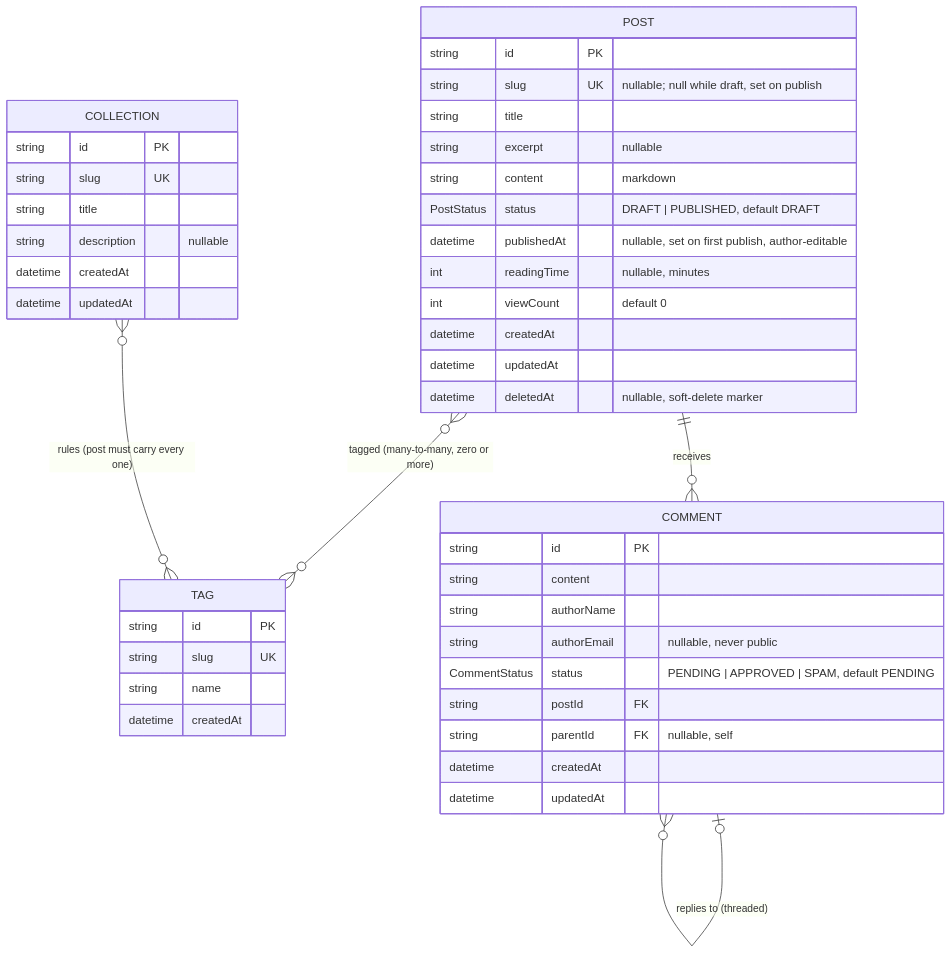
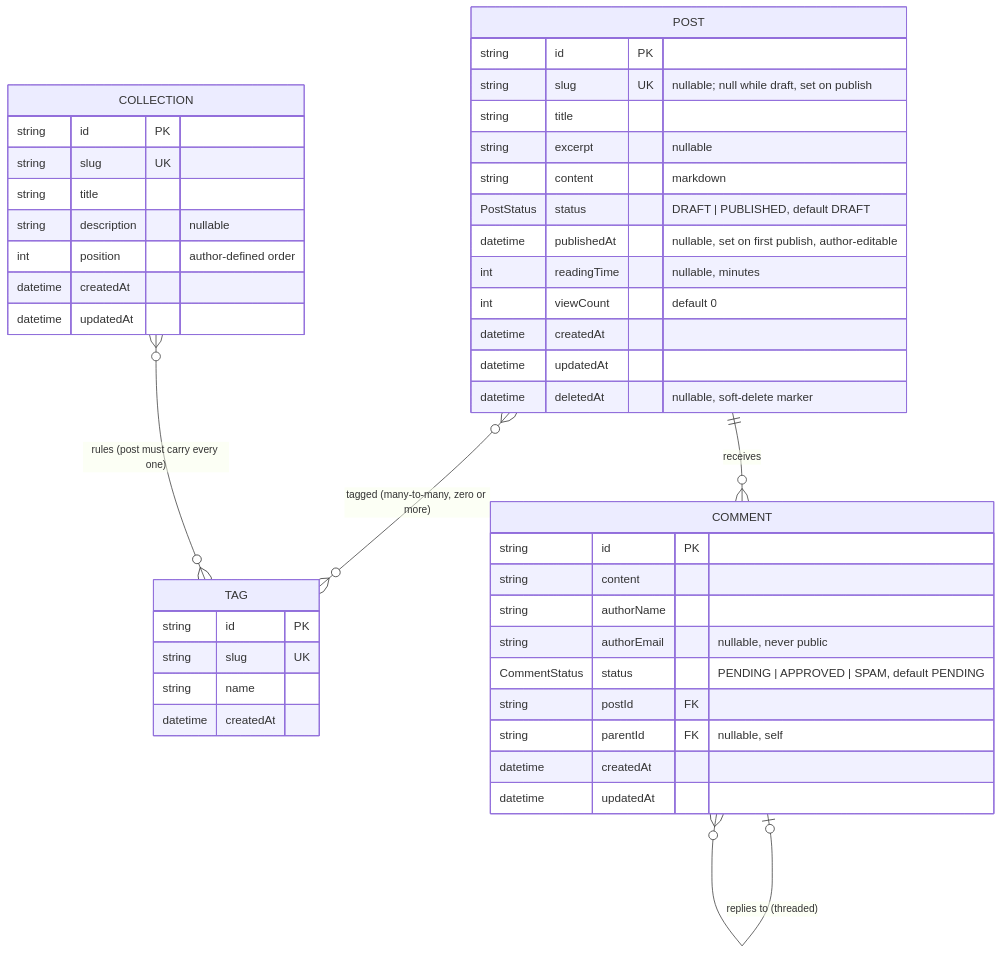
Before and after one commit to MASKUN2/inhology: the diagram in design/domain/README.md, drawn with Mermaid. The commit also changed 17 other files, not shown here.

First line of the commit message:
feat: author-defined collection order with drag-and-drop in the admin

````diff
--- a/design/domain/README.md
+++ b/design/domain/README.md
@@ -18,47 +18,48 @@
 ```mermaid
 erDiagram
     POST     }o--o{ TAG : "tagged (many-to-many, zero or more)"
     COLLECTION }o--o{ TAG : "rules (post must carry every one)"
     POST     ||--o{ COMMENT : "receives"
     COMMENT  |o--o{ COMMENT : "replies to (threaded)"
 
     POST {
         string     id PK
         string     slug UK "nullable; null while draft, set on publish"
         string     title
         string     excerpt "nullable"
         string     content "markdown"
         PostStatus status "DRAFT | PUBLISHED, default DRAFT"
         datetime   publishedAt "nullable, set on first publish, author-editable"
         int        readingTime "nullable, minutes"
         int        viewCount "default 0"
         datetime   createdAt
         datetime   updatedAt
         datetime   deletedAt "nullable, soft-delete marker"
     }
     TAG {
         string   id PK
         string   slug UK
         string   name
         datetime createdAt
     }
     COLLECTION {
         string   id PK
         string   slug UK
         string   title
         string   description "nullable"
+        int      position "author-defined order"
         datetime createdAt
         datetime updatedAt
     }
     COMMENT {
         string        id PK
         string        content
         string        authorName
         string        authorEmail "nullable, never public"
         CommentStatus status "PENDING | APPROVED | SPAM, default PENDING"
         string        postId FK
         string        parentId FK "nullable, self"
         datetime      createdAt
         datetime      updatedAt
     }
 ```
````
